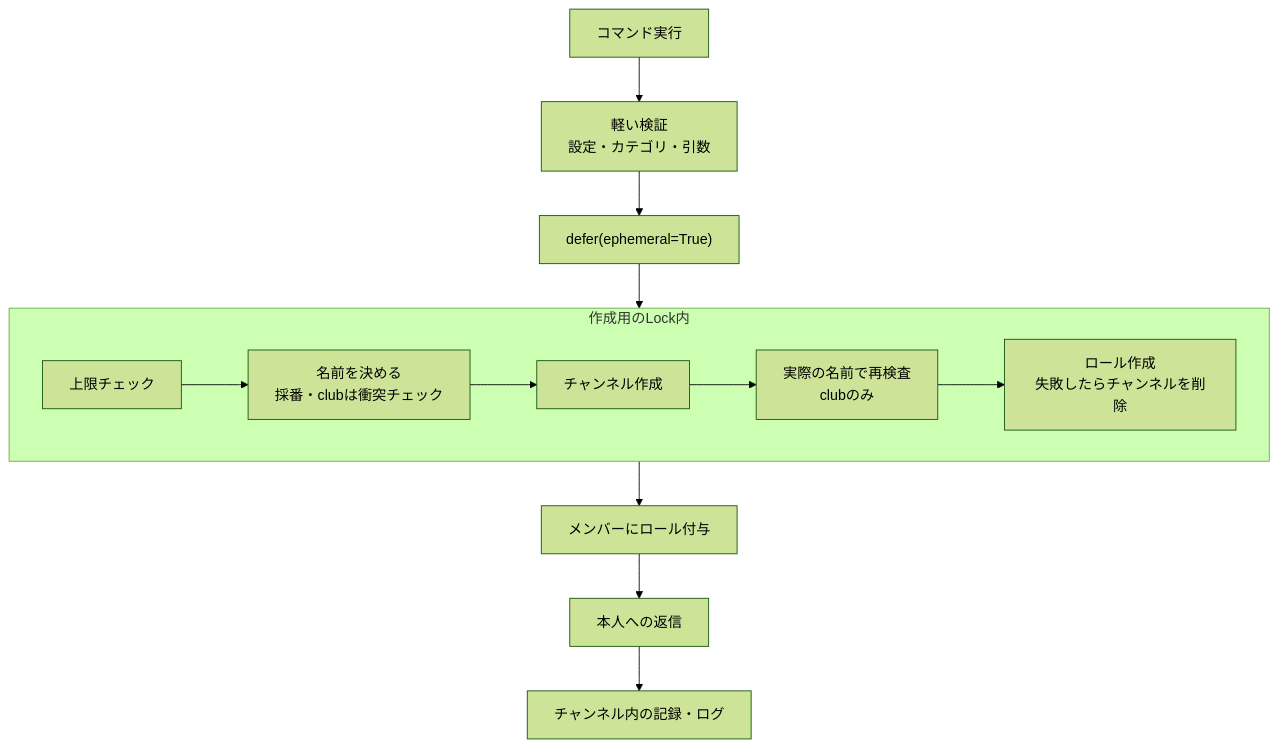
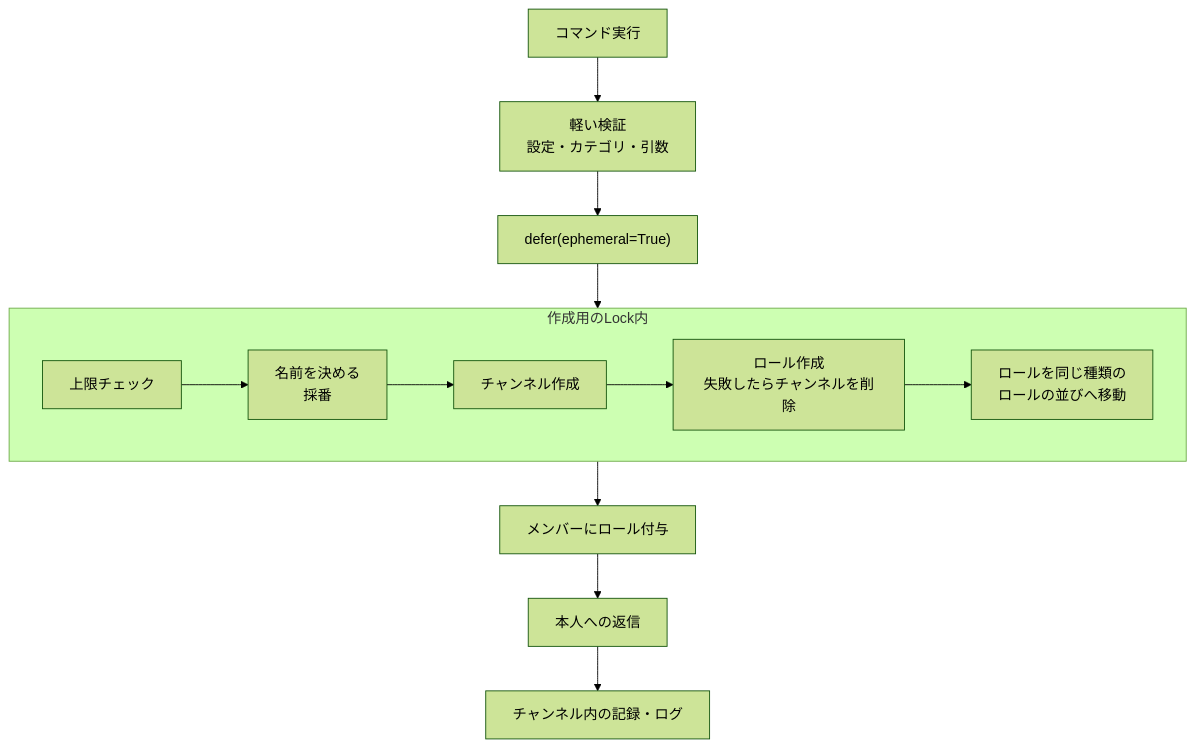
The diagram in docs/ARCHITECTURE.md (TECH-C-InTech/intech-discord-bot), drawn with Mermaid (forest theme) before and after one commit. The commit also changed other lines of this file and 5 other files, not shown here.

````diff
--- a/docs/ARCHITECTURE.md
+++ b/docs/ARCHITECTURE.md
@@ -205,15 +206,15 @@
 ```mermaid
 flowchart TD
     A[コマンド実行] --> B[軽い検証<br/>設定・カテゴリ・引数]
     B --> C["defer(ephemeral=True)"]
     C --> L
     subgraph L[作成用のLock内]
-        D[上限チェック] --> E[名前を決める<br/>採番・clubは衝突チェック]
+        D[上限チェック] --> E[名前を決める<br/>採番]
         E --> F[チャンネル作成]
-        F --> G[実際の名前で再検査<br/>clubのみ]
-        G --> H[ロール作成<br/>失敗したらチャンネルを削除]
+        F --> H[ロール作成<br/>失敗したらチャンネルを削除]
+        H --> I[ロールを同じ種類の<br/>ロールの並びへ移動]
     end
     L --> J[メンバーにロール付与]
     J --> K[本人への返信]
     K --> M[チャンネル内の記録・ログ]
 ```
````
